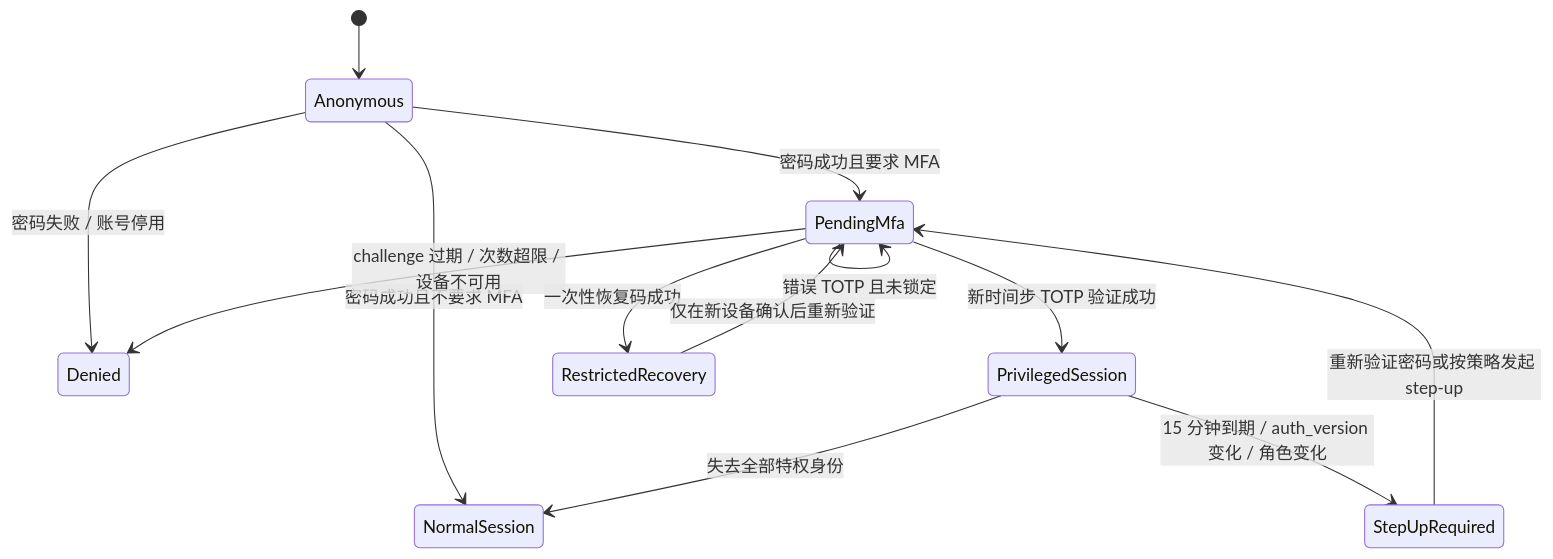
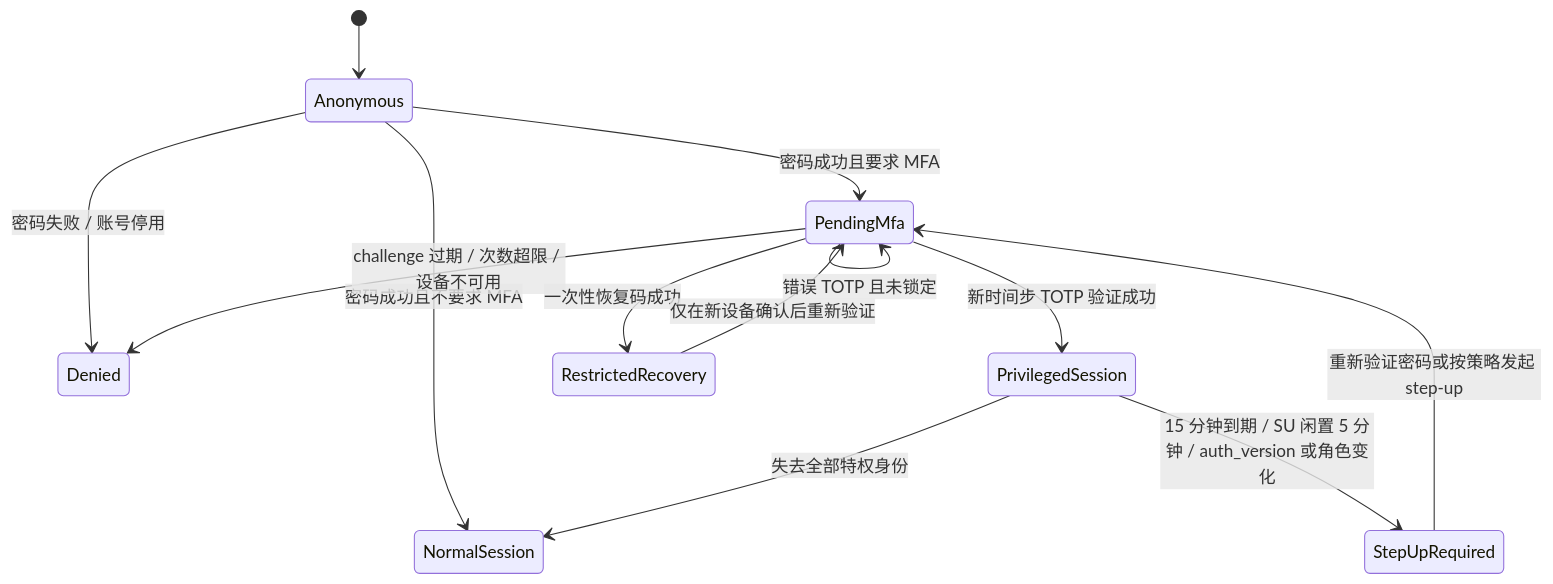
The first of 4 diagrams in accounts/SECURITY_ROADMAP.md (se-veN714/PowerAdapterBlogs), drawn with Mermaid before and after one commit. The commit also changed other lines of this file and 76 other files, not shown here.

````diff
--- a/accounts/SECURITY_ROADMAP.md
+++ b/accounts/SECURITY_ROADMAP.md
@@ -132,15 +134,15 @@
 ```mermaid
 stateDiagram-v2
     [*] --> Anonymous
     Anonymous --> Denied: 密码失败 / 账号停用
     Anonymous --> NormalSession: 密码成功且不要求 MFA
     Anonymous --> PendingMfa: 密码成功且要求 MFA
     PendingMfa --> Denied: challenge 过期 / 次数超限 / 设备不可用
     PendingMfa --> PendingMfa: 错误 TOTP 且未锁定
     PendingMfa --> PrivilegedSession: 新时间步 TOTP 验证成功
     PendingMfa --> RestrictedRecovery: 一次性恢复码成功
     RestrictedRecovery --> PendingMfa: 仅在新设备确认后重新验证
-    PrivilegedSession --> StepUpRequired: 15 分钟到期 / auth_version 变化 / 角色变化
+    PrivilegedSession --> StepUpRequired: 15 分钟到期 / SU 闲置 5 分钟 / auth_version 或角色变化
     StepUpRequired --> PendingMfa: 重新验证密码或按策略发起 step-up
     PrivilegedSession --> NormalSession: 失去全部特权身份
 ```
````
